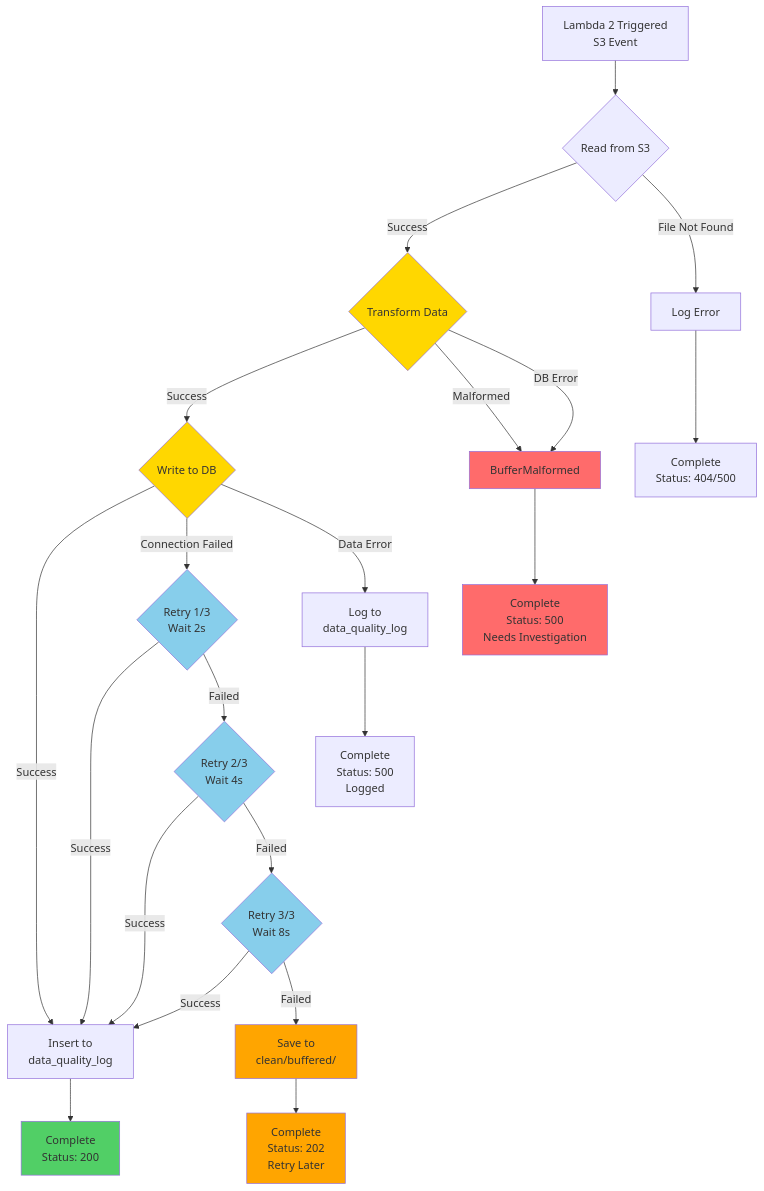
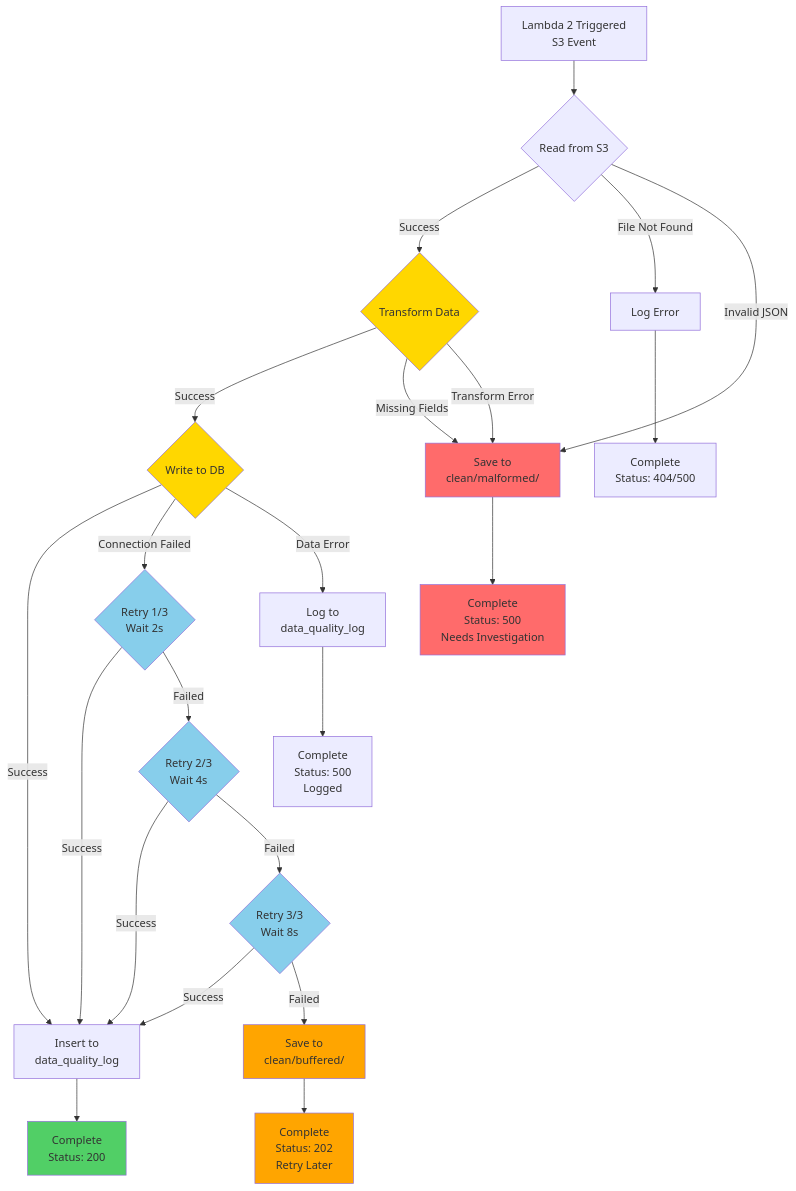
One commit to Seamus-Hennigan/WeatherETL changed the fourth of 5 diagrams in README.md. Above: the diagram before and after it, drawn with Mermaid. The commit also changed other lines of this file, not shown here.

Commit message:
updated diagrams

````diff
--- a/README.md
+++ b/README.md
@@ -227,41 +228,42 @@
 ```mermaid
 flowchart TD
     Start[Lambda 2 Triggered<br/>S3 Event] --> ReadS3{Read from S3}
     
     ReadS3 -->|Success| Transform{Transform Data}
     ReadS3 -->|File Not Found| LogS3Error[Log Error]
+    ReadS3 -->|Invalid JSON| BufferMalformed[Save to<br/>clean/malformed/]
     
     Transform -->|Success| DBWrite{Write to DB}
-    Transform -->|Malformed| BufferMalformed
-    Transform -->|DB Error| BufferMalformed
+    Transform -->|Missing Fields| BufferMalformed
+    Transform -->|Transform Error| BufferMalformed
     
     DBWrite -->|Success| QualityLog[Insert to<br/>data_quality_log]
     DBWrite -->|Connection Failed| Retry1{Retry 1/3<br/>Wait 2s}
     DBWrite -->|Data Error| LogDataError[Log to<br/>data_quality_log]
     
     Retry1 -->|Success| QualityLog
     Retry1 -->|Failed| Retry2{Retry 2/3<br/>Wait 4s}
     
     Retry2 -->|Success| QualityLog
     Retry2 -->|Failed| Retry3{Retry 3/3<br/>Wait 8s}
     
     Retry3 -->|Success| QualityLog
     Retry3 -->|Failed| BufferClean[Save to<br/>clean/buffered/]
     
     QualityLog --> Success[Complete<br/>Status: 200]
     BufferClean --> Deferred[Complete<br/>Status: 202<br/>Retry Later]
     BufferMalformed --> Investigate[Complete<br/>Status: 500<br/>Needs Investigation]
     LogS3Error --> Failed[Complete<br/>Status: 404/500]
     LogDataError --> LoggedError[Complete<br/>Status: 500<br/>Logged]
     
     style Transform fill:#FFD700
     style DBWrite fill:#FFD700
     style BufferClean fill:#FFA500
     style BufferMalformed fill:#FF6B6B
     style Success fill:#51CF66
     style Deferred fill:#FFA500
     style Investigate fill:#FF6B6B
     style Retry1 fill:#87CEEB
     style Retry2 fill:#87CEEB
     style Retry3 fill:#87CEEB
 ```
````
